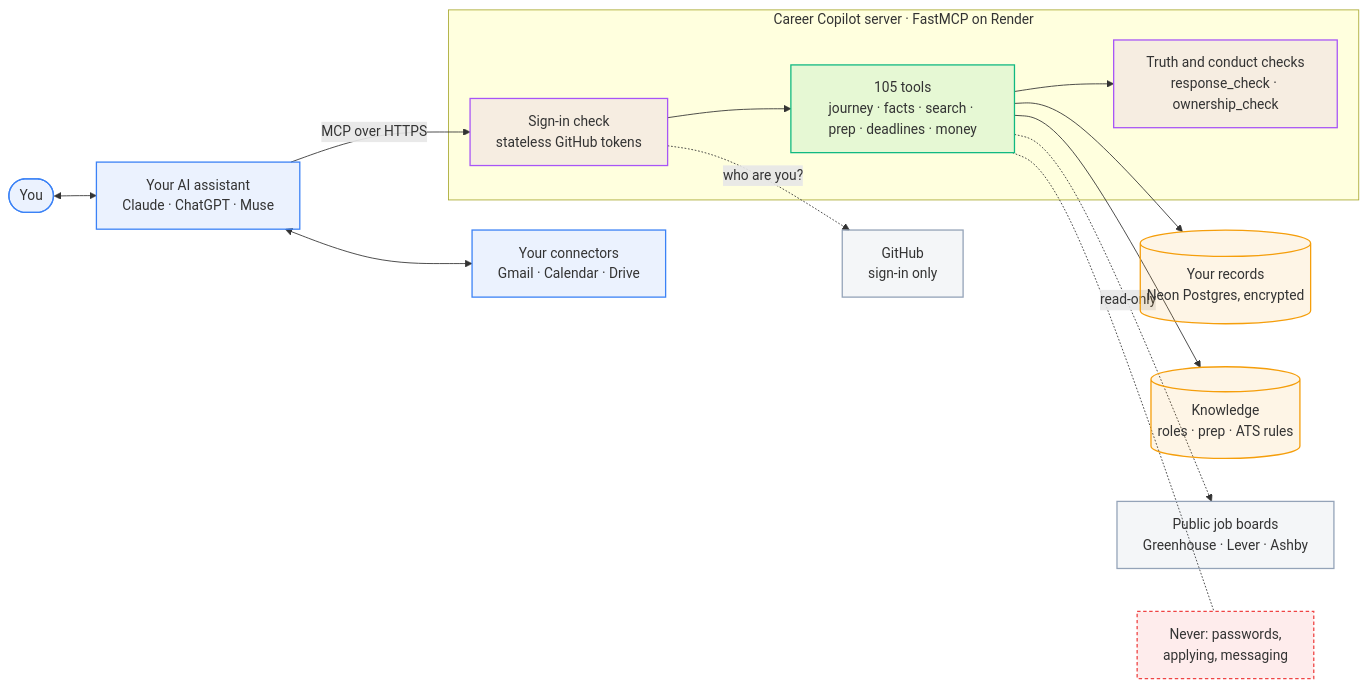
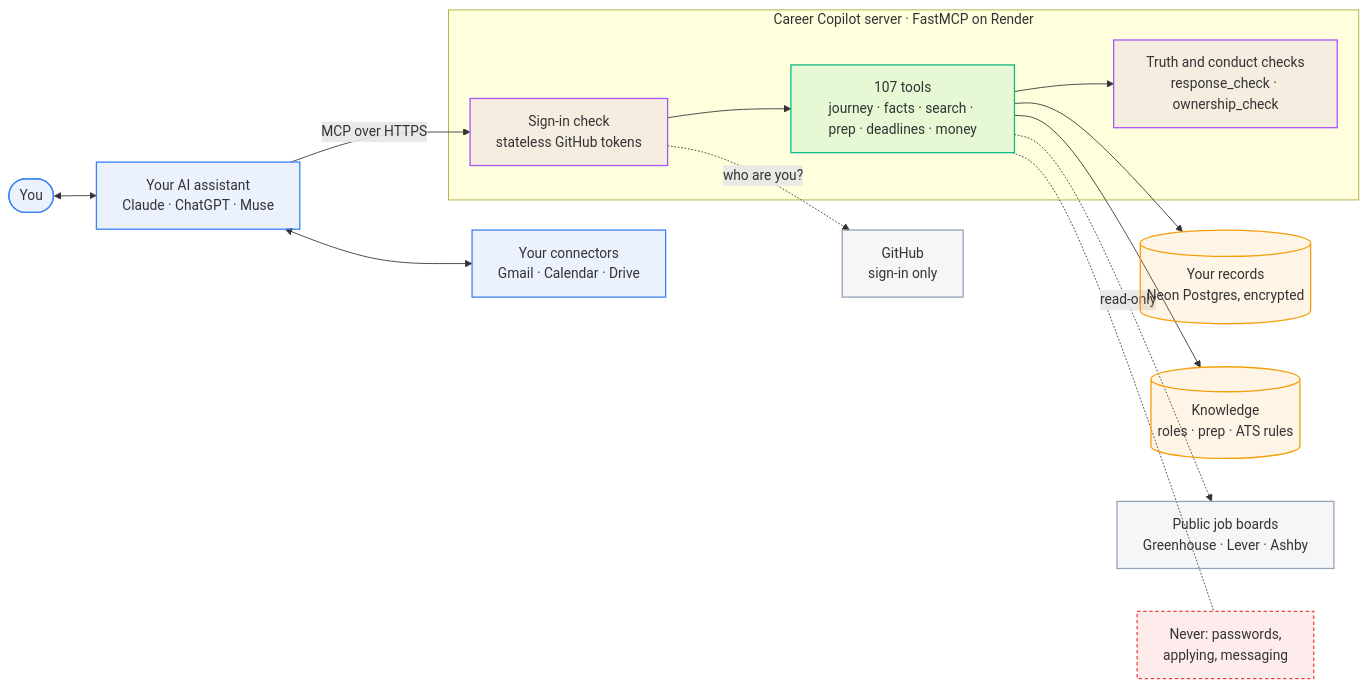
Before and after one commit to TusharSamantaray/career-copilot-mcp: the first of 9 diagrams in docs/ARCHITECTURE.md, drawn with Mermaid. The commit also changed 13 other files, not shown here.

````diff
--- a/docs/ARCHITECTURE.md
+++ b/docs/ARCHITECTURE.md
@@ -42,35 +42,35 @@
 ```mermaid
 flowchart LR
   classDef person fill:#3B82F61A,stroke:#3B82F6,stroke-width:1.5px
   classDef copilot fill:#10B9811A,stroke:#10B981,stroke-width:1.5px
   classDef store fill:#F59E0B1A,stroke:#F59E0B,stroke-width:1.5px
   classDef ext fill:#94A3B81A,stroke:#94A3B8,stroke-width:1.5px
   classDef guard fill:#A855F71A,stroke:#A855F7,stroke-width:1.5px
   classDef never fill:#EF44441A,stroke:#EF4444,stroke-width:1.5px,stroke-dasharray:4 3
 
   you(["You"]):::person
   ai["Your AI assistant<br/>Claude · ChatGPT · Muse"]:::person
   own["Your connectors<br/>Gmail · Calendar · Drive"]:::person
 
   subgraph server["Career Copilot server · FastMCP on Render"]
     auth["Sign-in check<br/>stateless GitHub tokens"]:::guard
-    tools["105 tools<br/>journey · facts · search · prep · deadlines · money"]:::copilot
+    tools["107 tools<br/>journey · facts · search · prep · deadlines · money"]:::copilot
     checks["Truth and conduct checks<br/>response_check · ownership_check"]:::guard
   end
 
   db[("Your records<br/>Neon Postgres, encrypted")]:::store
   kb[("Knowledge<br/>roles · prep · ATS rules")]:::store
   gh["GitHub<br/>sign-in only"]:::ext
   boards["Public job boards<br/>Greenhouse · Lever · Ashby"]:::ext
   never["Never: passwords,<br/>applying, messaging"]:::never
 
   you <--> ai
   ai <--> own
   ai -- "MCP over HTTPS" --> auth --> tools
   tools --> checks
   tools --> db
   tools --> kb
   auth -. "who are you?" .-> gh
   tools -. "read-only" .-> boards
   tools -.- never
 ```
````
